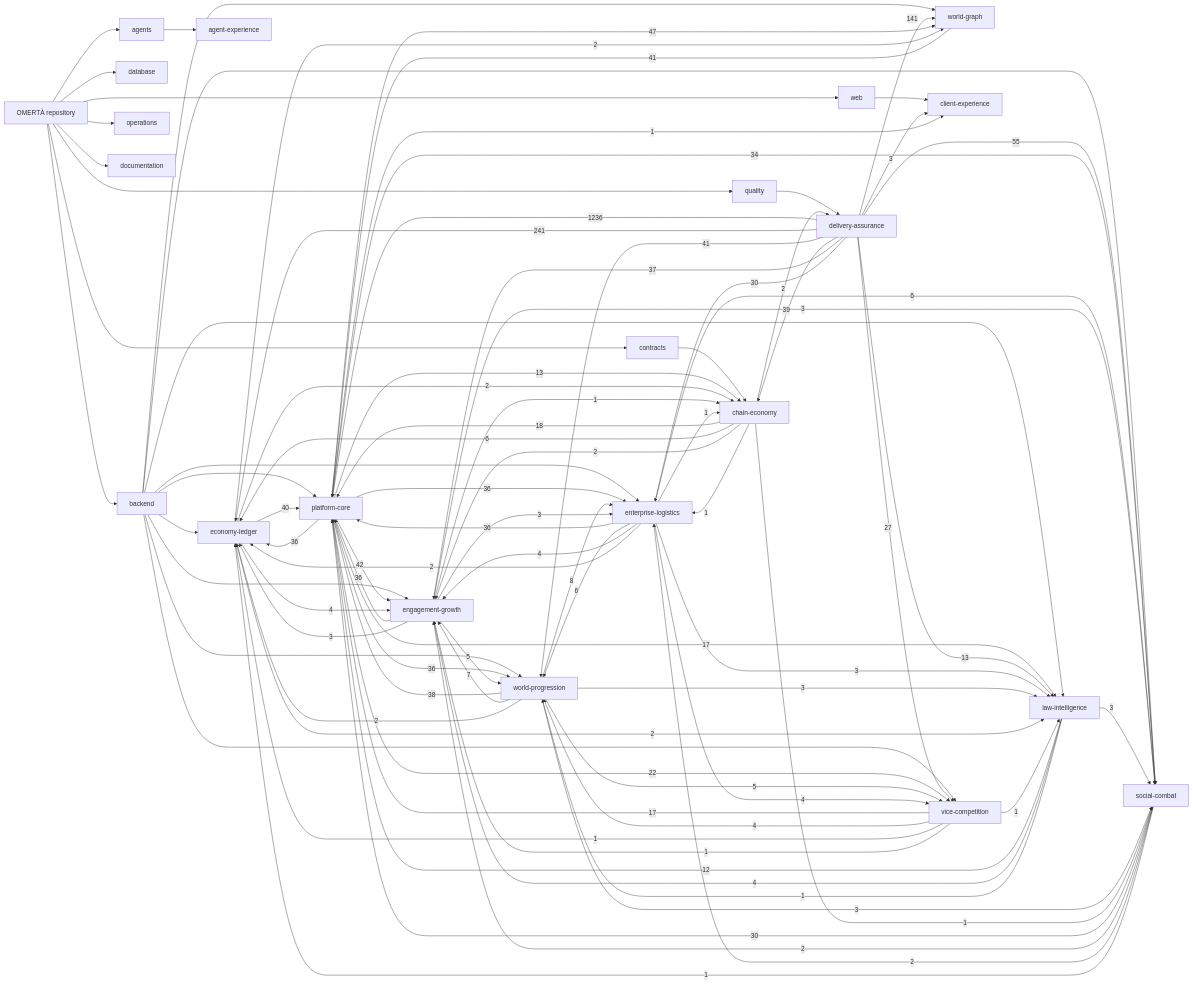
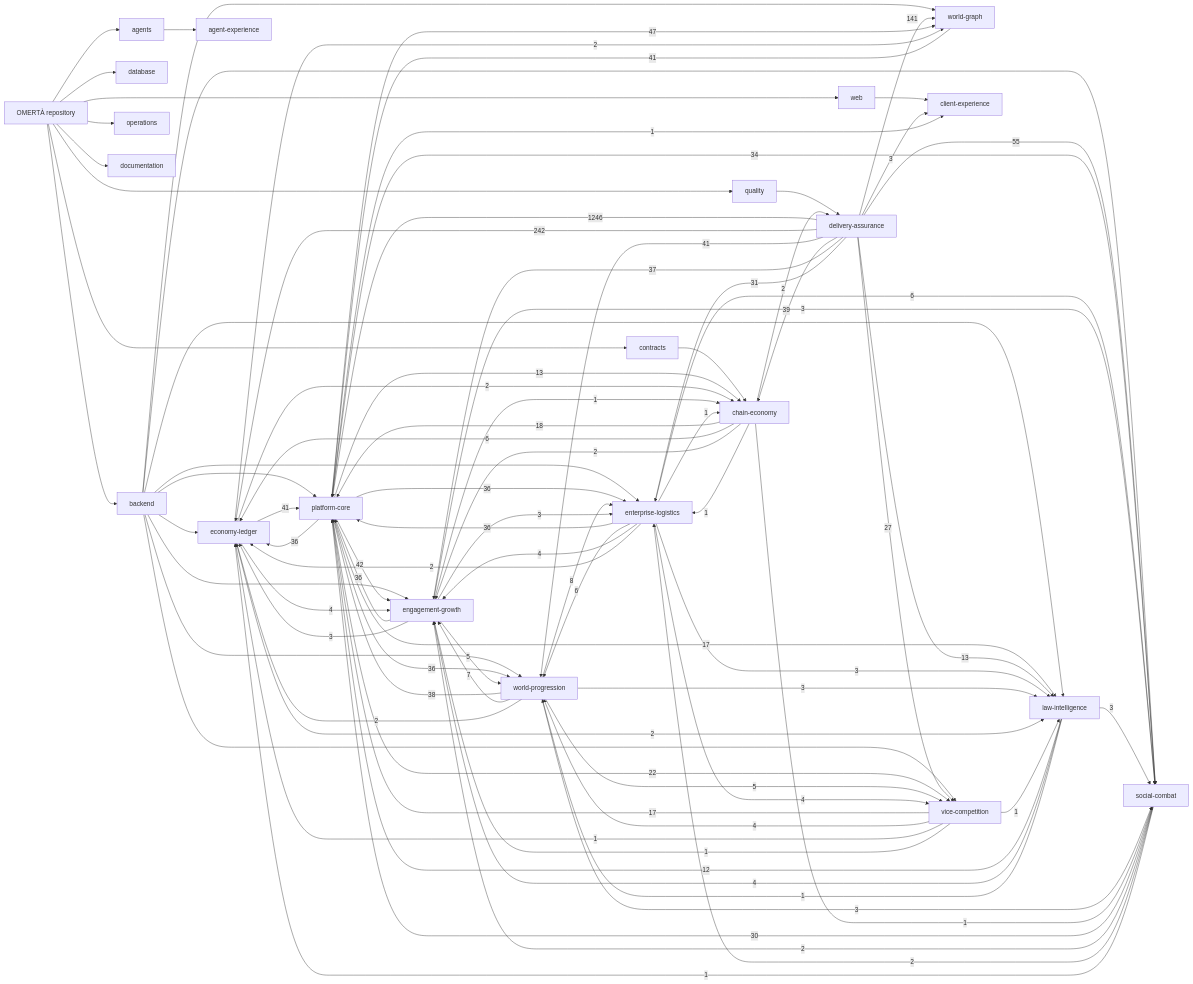
One commit to OmertaDev/Omerta changed the diagram in knowledge/generated/graph.mmd. Above: the diagram before and after it, drawn with Mermaid. The commit also changed 8 other files, not shown here.

```diff
--- a/knowledge/generated/graph.mmd
+++ b/knowledge/generated/graph.mmd
@@ -1,111 +1,111 @@
 flowchart LR
   repo["OMERTÀ repository"]
   sub_backend["backend"]
   repo --> sub_backend
   sub_database["database"]
   repo --> sub_database
   sub_web["web"]
   repo --> sub_web
   sub_contracts["contracts"]
   repo --> sub_contracts
   sub_agents["agents"]
   repo --> sub_agents
   sub_quality["quality"]
   repo --> sub_quality
   sub_operations["operations"]
   repo --> sub_operations
   sub_documentation["documentation"]
   repo --> sub_documentation
   dom_platform-core["platform-core"]
   dom_economy-ledger["economy-ledger"]
   dom_social-combat["social-combat"]
   dom_world-progression["world-progression"]
   dom_world-graph["world-graph"]
   dom_enterprise-logistics["enterprise-logistics"]
   dom_vice-competition["vice-competition"]
   dom_law-intelligence["law-intelligence"]
   dom_chain-economy["chain-economy"]
   dom_engagement-growth["engagement-growth"]
   dom_client-experience["client-experience"]
   dom_agent-experience["agent-experience"]
   dom_delivery-assurance["delivery-assurance"]
   sub_agents --> dom_agent-experience
   sub_backend --> dom_economy-ledger
   sub_backend --> dom_engagement-growth
   sub_backend --> dom_enterprise-logistics
   sub_backend --> dom_law-intelligence
   sub_backend --> dom_platform-core
   sub_backend --> dom_social-combat
   sub_backend --> dom_vice-competition
   sub_backend --> dom_world-graph
   sub_backend --> dom_world-progression
   sub_contracts --> dom_chain-economy
   sub_quality --> dom_delivery-assurance
   sub_web --> dom_client-experience
-  dom_delivery-assurance -->|1236| dom_platform-core
-  dom_delivery-assurance -->|241| dom_economy-ledger
+  dom_delivery-assurance -->|1246| dom_platform-core
+  dom_delivery-assurance -->|242| dom_economy-ledger
   dom_delivery-assurance -->|141| dom_world-graph
   dom_delivery-assurance -->|55| dom_social-combat
   dom_platform-core -->|47| dom_world-graph
   dom_platform-core -->|42| dom_engagement-growth
   dom_delivery-assurance -->|41| dom_world-progression
+  dom_economy-ledger -->|41| dom_platform-core
   dom_world-graph -->|41| dom_platform-core
-  dom_economy-ledger -->|40| dom_platform-core
   dom_delivery-assurance -->|39| dom_chain-economy
   dom_world-progression -->|38| dom_platform-core
   dom_delivery-assurance -->|37| dom_engagement-growth
   dom_engagement-growth -->|36| dom_platform-core
   dom_enterprise-logistics -->|36| dom_platform-core
   dom_platform-core -->|36| dom_economy-ledger
   dom_platform-core -->|36| dom_enterprise-logistics
   dom_platform-core -->|36| dom_world-progression
   dom_platform-core -->|34| dom_social-combat
-  dom_delivery-assurance -->|30| dom_enterprise-logistics
+  dom_delivery-assurance -->|31| dom_enterprise-logistics
   dom_social-combat -->|30| dom_platform-core
   dom_delivery-assurance -->|27| dom_vice-competition
   dom_platform-core -->|22| dom_vice-competition
   dom_chain-economy -->|18| dom_platform-core
   dom_platform-core -->|17| dom_law-intelligence
   dom_vice-competition -->|17| dom_platform-core
   dom_delivery-assurance -->|13| dom_law-intelligence
   dom_platform-core -->|13| dom_chain-economy
   dom_law-intelligence -->|12| dom_platform-core
   dom_world-progression -->|8| dom_enterprise-logistics
   dom_world-progression -->|7| dom_engagement-growth
   dom_chain-economy -->|6| dom_economy-ledger
   dom_enterprise-logistics -->|6| dom_social-combat
   dom_enterprise-logistics -->|6| dom_world-progression
   dom_engagement-growth -->|5| dom_world-progression
   dom_world-progression -->|5| dom_vice-competition
   dom_economy-ledger -->|4| dom_engagement-growth
   dom_enterprise-logistics -->|4| dom_engagement-growth
   dom_enterprise-logistics -->|4| dom_vice-competition
   dom_law-intelligence -->|4| dom_engagement-growth
   dom_vice-competition -->|4| dom_world-progression
   dom_delivery-assurance -->|3| dom_client-experience
   dom_engagement-growth -->|3| dom_economy-ledger
   dom_engagement-growth -->|3| dom_enterprise-logistics
   dom_engagement-growth -->|3| dom_social-combat
   dom_enterprise-logistics -->|3| dom_law-intelligence
   dom_law-intelligence -->|3| dom_social-combat
   dom_world-progression -->|3| dom_law-intelligence
   dom_world-progression -->|3| dom_social-combat
   dom_chain-economy -->|2| dom_delivery-assurance
   dom_chain-economy -->|2| dom_engagement-growth
   dom_economy-ledger -->|2| dom_chain-economy
   dom_economy-ledger -->|2| dom_law-intelligence
   dom_economy-ledger -->|2| dom_world-graph
   dom_enterprise-logistics -->|2| dom_economy-ledger
   dom_social-combat -->|2| dom_engagement-growth
   dom_social-combat -->|2| dom_enterprise-logistics
   dom_world-progression -->|2| dom_economy-ledger
   dom_chain-economy -->|1| dom_enterprise-logistics
   dom_chain-economy -->|1| dom_social-combat
   dom_engagement-growth -->|1| dom_chain-economy
   dom_enterprise-logistics -->|1| dom_chain-economy
   dom_law-intelligence -->|1| dom_world-progression
   dom_platform-core -->|1| dom_client-experience
   dom_social-combat -->|1| dom_economy-ledger
   dom_vice-competition -->|1| dom_economy-ledger
   dom_vice-competition -->|1| dom_engagement-growth
   dom_vice-competition -->|1| dom_law-intelligence
```
